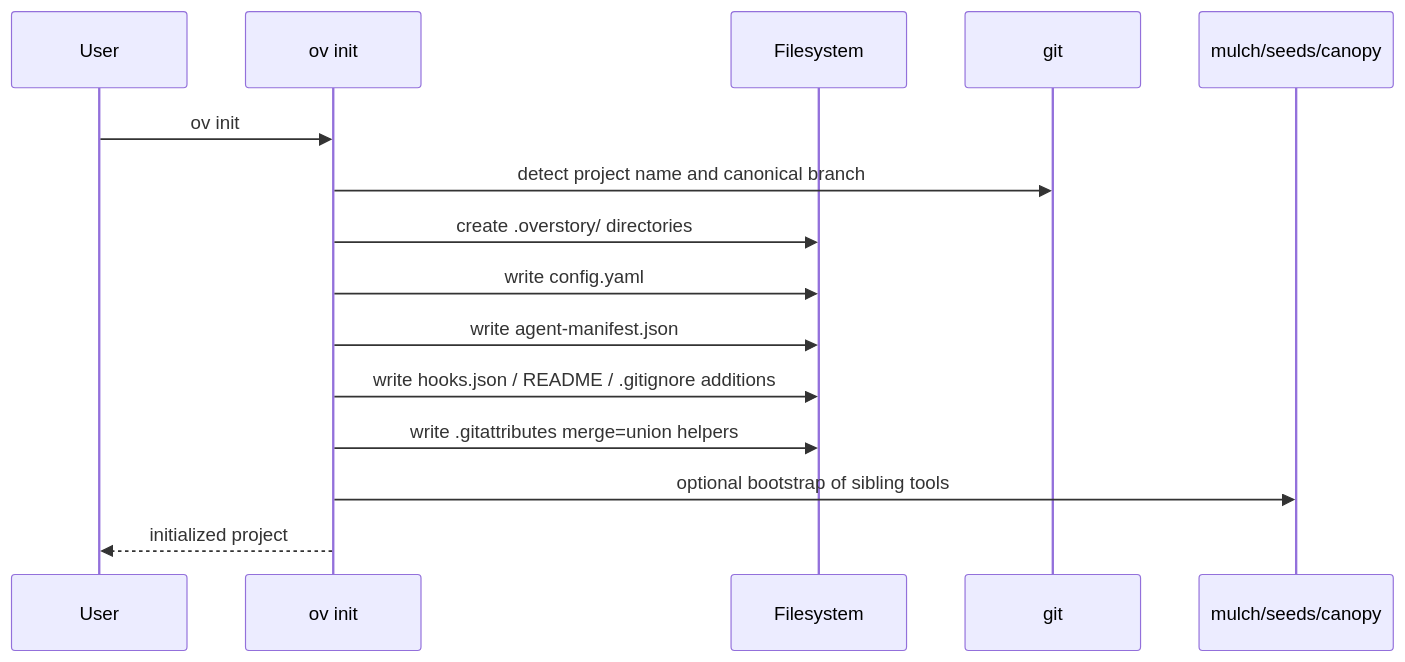
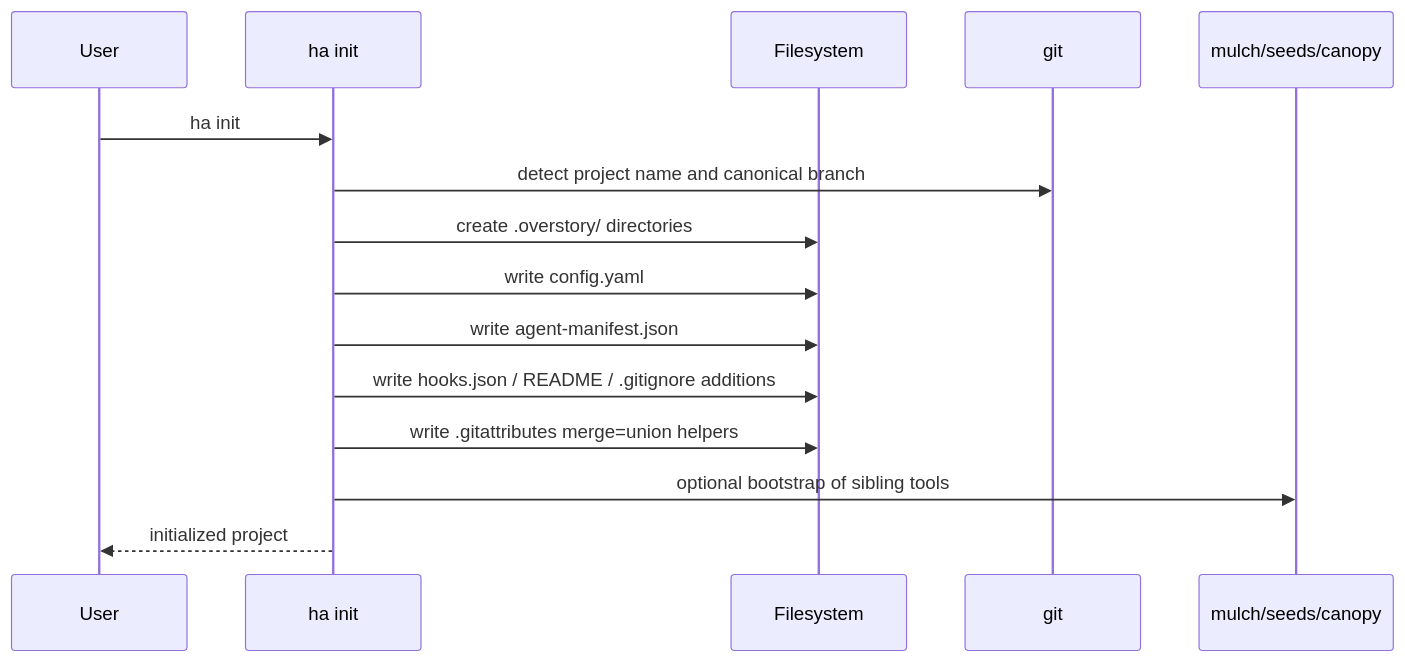
Before and after one commit to liker0704/haru: the first of 9 diagrams in docs/architecture/workflows.md, drawn with Mermaid. The commit also changed other lines of this file and 668 other files, not shown here.

````diff
--- a/docs/architecture/workflows.md
+++ b/docs/architecture/workflows.md
@@ -36,18 +36,18 @@
 ```mermaid
 sequenceDiagram
     participant User
-    participant Init as ov init
+    participant Init as ha init
     participant FS as Filesystem
     participant Git as git
     participant Tools as mulch/seeds/canopy
 
-    User->>Init: ov init
+    User->>Init: ha init
     Init->>Git: detect project name and canonical branch
     Init->>FS: create .overstory/ directories
     Init->>FS: write config.yaml
     Init->>FS: write agent-manifest.json
     Init->>FS: write hooks.json / README / .gitignore additions
     Init->>FS: write .gitattributes merge=union helpers
     Init->>Tools: optional bootstrap of sibling tools
     Init-->>User: initialized project
 ```
````
